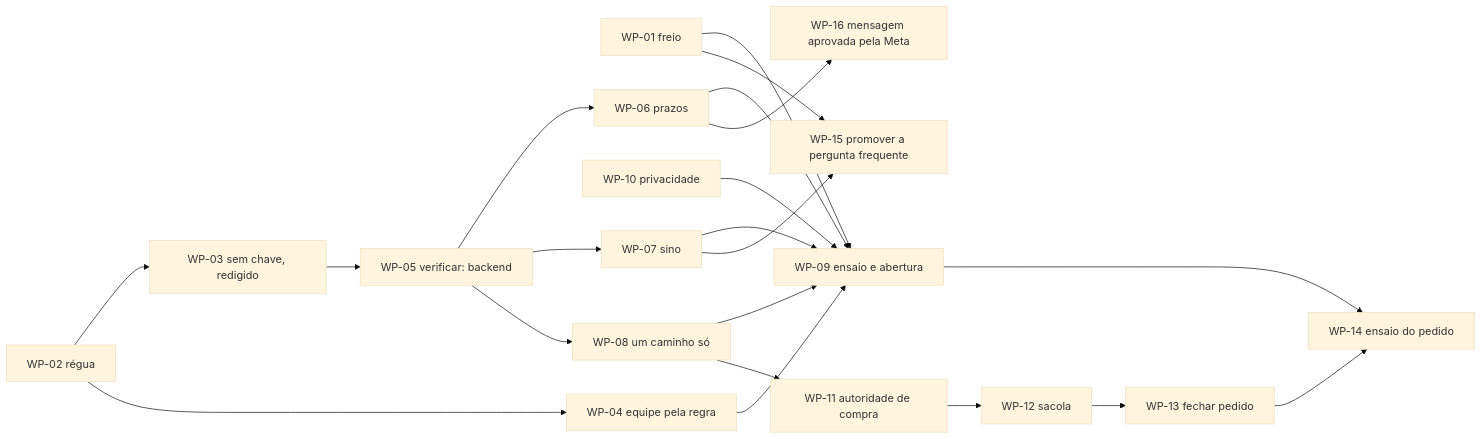
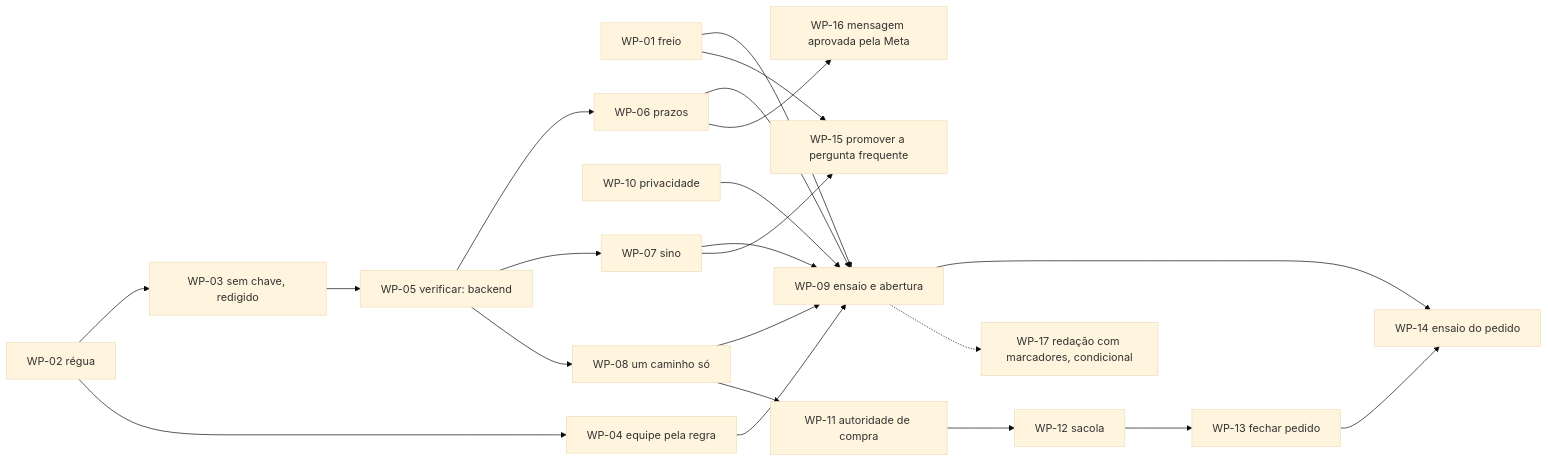
Before and after one commit to nelsonboulangerie/django-shopman: the diagram in docs/plans/CONCIERGE-PLANO-DE-ACAO.md, drawn with Mermaid (base theme). The commit also changed other lines of this file, not shown here.

First line of the commit message:
docs(concierge): WP-17 redação com marcadores, condicional à prova do placar

````diff
--- a/docs/plans/CONCIERGE-PLANO-DE-ACAO.md
+++ b/docs/plans/CONCIERGE-PLANO-DE-ACAO.md
@@ -574,23 +654,24 @@
 ```mermaid
 flowchart LR
   WP01[WP-01 freio] --> WP09
   WP02[WP-02 régua] --> WP03[WP-03 sem chave, redigido]
   WP02 --> WP04[WP-04 equipe pela regra]
   WP10[WP-10 privacidade] --> WP09
   WP03 --> WP05[WP-05 verificar: backend]
   WP04 --> WP09
   WP05 --> WP06[WP-06 prazos]
   WP05 --> WP07[WP-07 sino]
   WP05 --> WP08[WP-08 um caminho só]
   WP06 --> WP09[WP-09 ensaio e abertura]
   WP07 --> WP09
   WP08 --> WP09
   WP08 --> WP11[WP-11 autoridade de compra]
   WP07 --> WP15[WP-15 promover a pergunta frequente]
   WP01 --> WP15
   WP06 --> WP16[WP-16 mensagem aprovada pela Meta]
   WP11 --> WP12[WP-12 sacola]
   WP12 --> WP13[WP-13 fechar pedido]
   WP13 --> WP14[WP-14 ensaio do pedido]
   WP09 --> WP14
+  WP09 -.-> WP17[WP-17 redação com marcadores, condicional]
 ```
````
